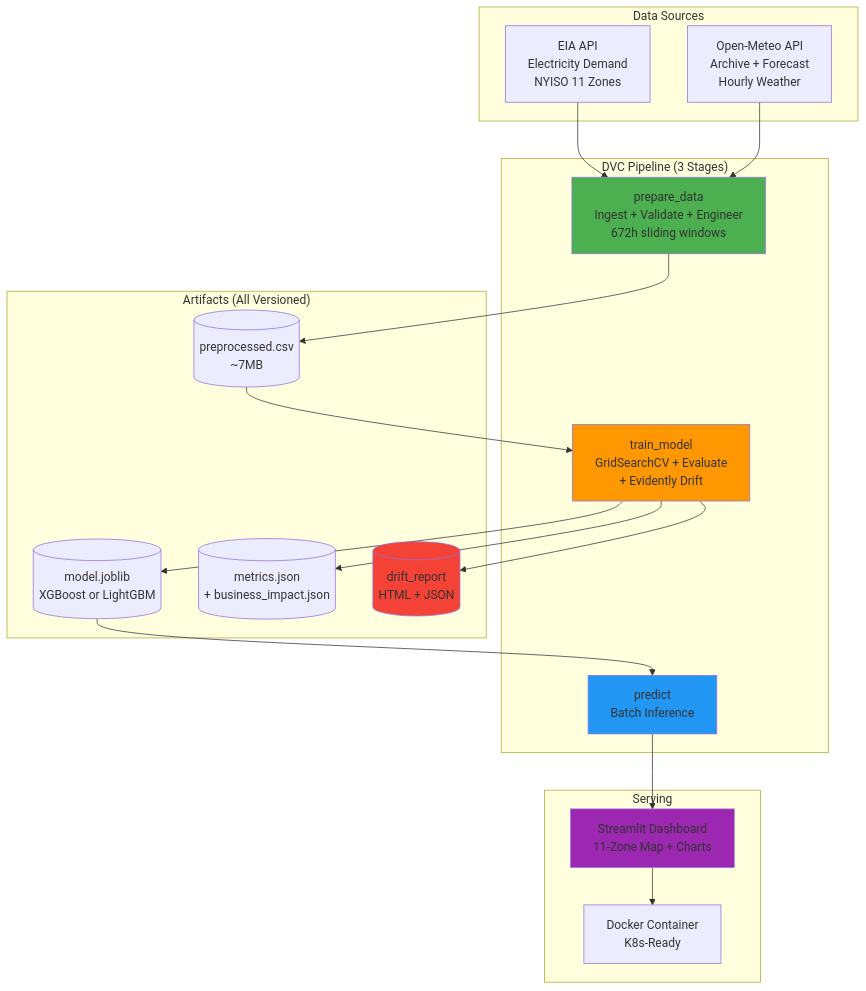
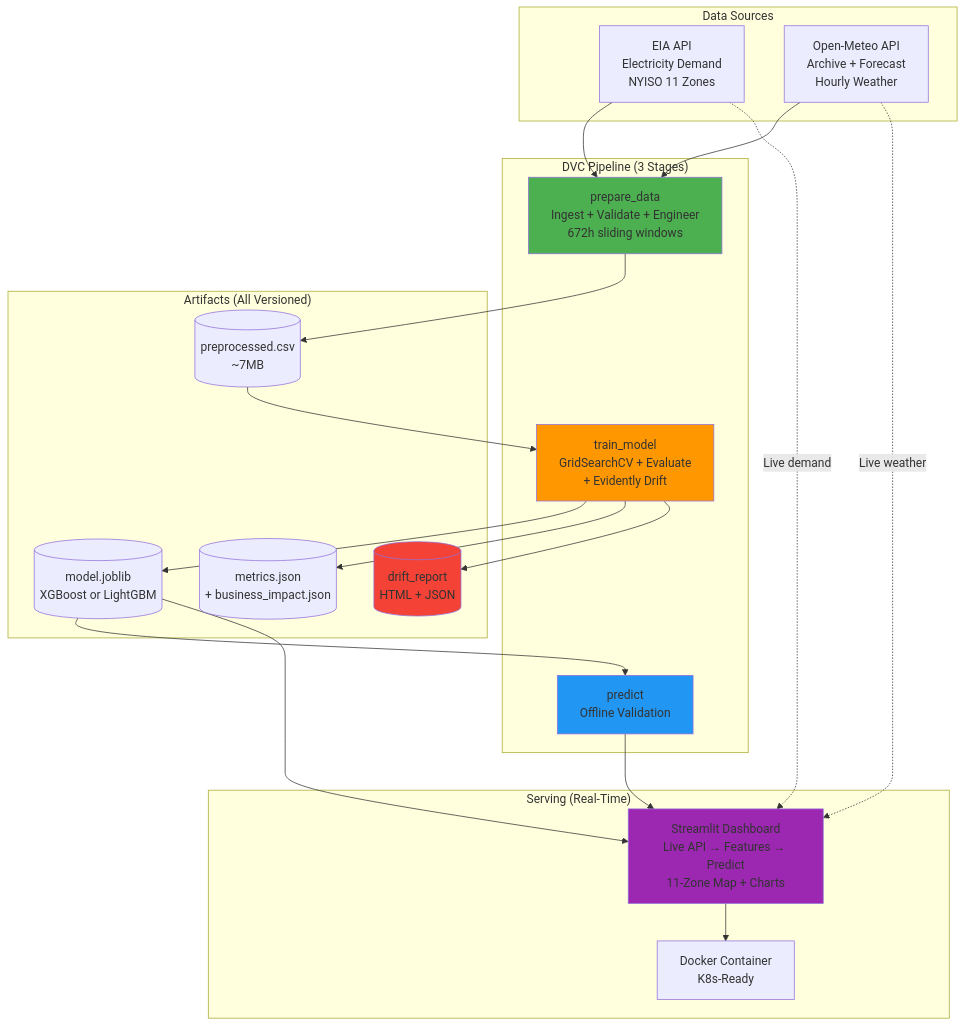
One commit to JavithNaseem-J/WattPredictor changed the first of 2 diagrams in README.md. Above: the diagram before and after it, drawn with Mermaid. The commit also changed other lines of this file, not shown here.

````diff
--- a/README.md
+++ b/README.md
@@ -110,42 +117,45 @@
 ```mermaid
 graph TB
     subgraph "Data Sources"
         EIA[EIA API<br/>Electricity Demand<br/>NYISO 11 Zones]
         WX[Open-Meteo API<br/>Archive + Forecast<br/>Hourly Weather]
     end
 
     subgraph "DVC Pipeline (3 Stages)"
         S1[prepare_data<br/>Ingest + Validate + Engineer<br/>672h sliding windows]
         S2[train_model<br/>GridSearchCV + Evaluate<br/>+ Evidently Drift]
-        S3[predict<br/>Batch Inference]
+        S3[predict<br/>Offline Validation]
     end
 
     subgraph "Artifacts (All Versioned)"
         D[(preprocessed.csv<br/>~7MB)]
         M[(model.joblib<br/>XGBoost or LightGBM)]
         E[(metrics.json<br/>+ business_impact.json)]
         DR[(drift_report<br/>HTML + JSON)]
     end
 
-    subgraph "Serving"
-        ST[Streamlit Dashboard<br/>11-Zone Map + Charts]
+    subgraph "Serving (Real-Time)"
+        ST[Streamlit Dashboard<br/>Live API → Features → Predict<br/>11-Zone Map + Charts]
         DK[Docker Container<br/>K8s-Ready]
     end
 
     EIA --> S1
     WX --> S1
     S1 --> D
     D --> S2
     S2 --> M
     S2 --> E
     S2 --> DR
     M --> S3
+    M --> ST
+    EIA -.->|Live demand| ST
+    WX -.->|Live weather| ST
     S3 --> ST
     ST --> DK
 
     style S1 fill:#4CAF50
     style S2 fill:#FF9800
     style S3 fill:#2196F3
     style ST fill:#9C27B0
     style DR fill:#F44336
 ```
````
